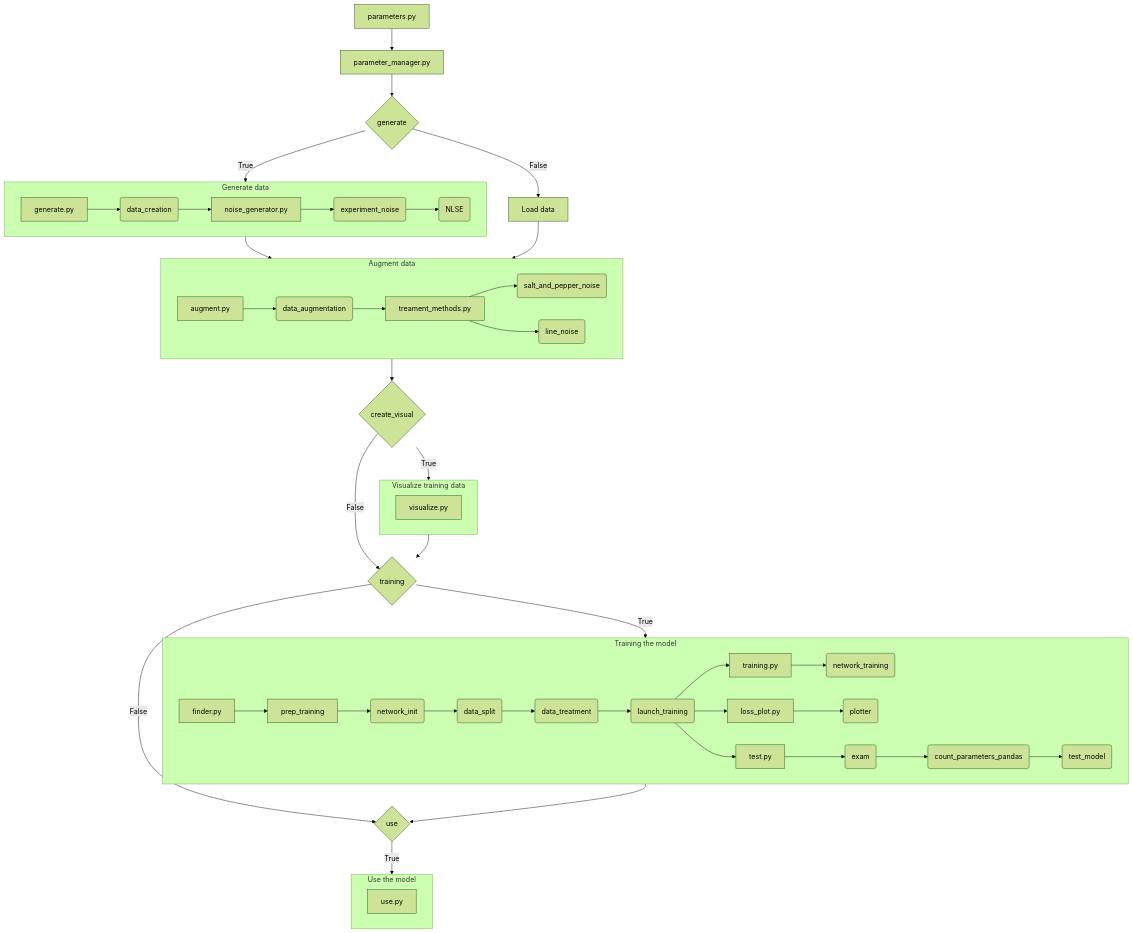
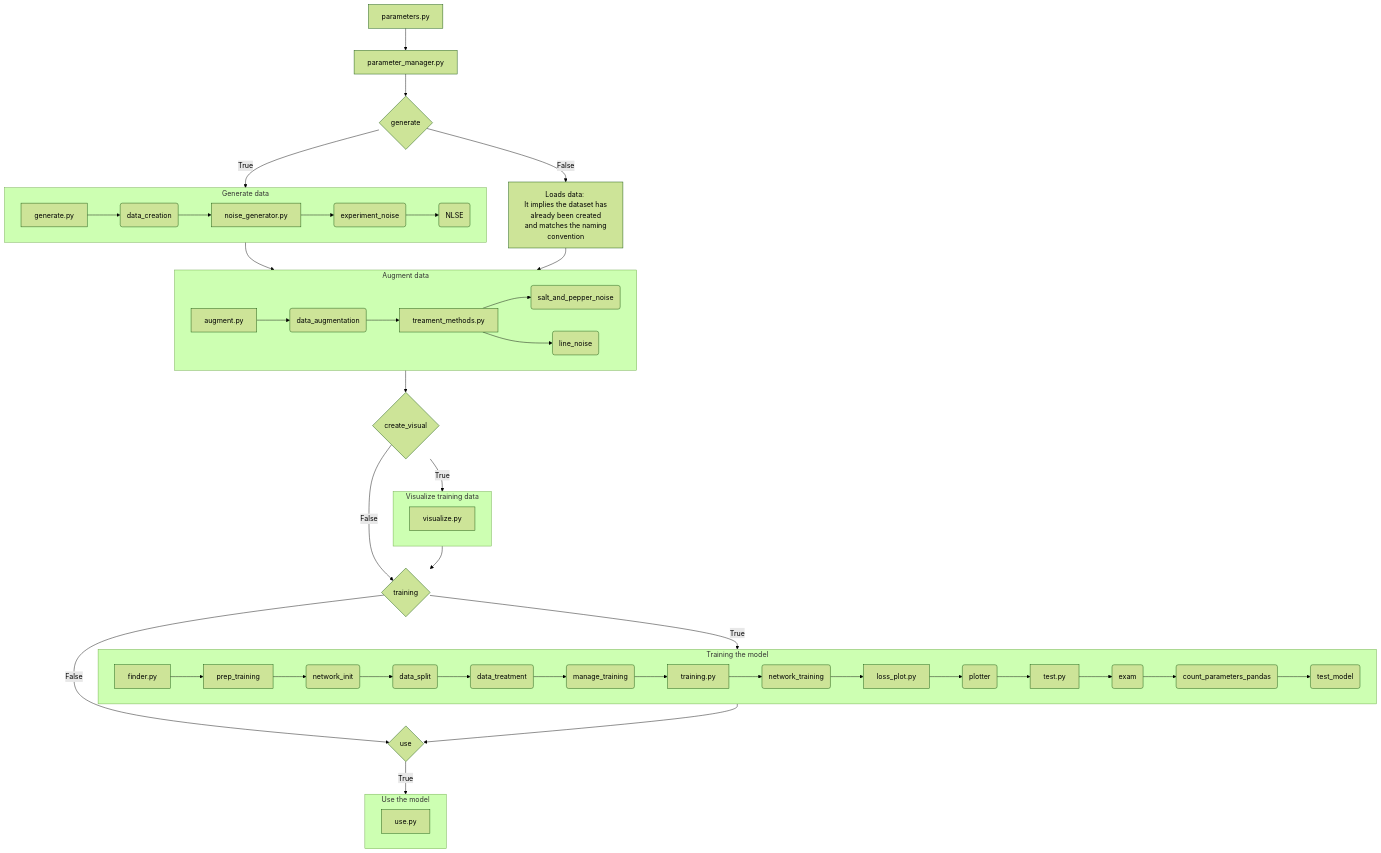
The fourth of 4 diagrams in README.md (Quantum-Optics-LKB/xp2nlse-ml), drawn with Mermaid (forest theme) before and after one commit. The commit also changed other lines of this file and 5 other files, not shown here.

````diff
--- a/README.md
+++ b/README.md
@@ -359,59 +408,59 @@
 ```mermaid
 graph TD
     A[parameters.py] --> B[parameter_manager.py]
     B --> C{generate}
     C --> |True| sub1
-    C --> |False| D[Load data]
+    C --> |False| D[Loads data: \n It implies the dataset has already been created\n and matches the naming convention]
     sub1 --> sub2
     D --> sub2
     sub2 --> G{create_visual}
     G --> |True| sub5
     G --> |False| E{training}
     sub5 --> E{training}
     E --> |True| sub3
     E --> |False| F{use}
     F --> |True| sub4
     sub3 --> F
 
     
     subgraph sub1[Generate data]
         C1[generate.py] --> C2(data_creation)
         C2 --> C3[noise_generator.py]
         C3 --> C4(experiment_noise)
         C4 --> C5(NLSE)
         
     end
     subgraph sub2[Augment data]
         F1[augment.py] --> F2(data_augmentation)  
         F2 --> F3[treament_methods.py]
         F3 --> F4(salt_and_pepper_noise)
         F3 --> F5(line_noise)
 
     end
     
     subgraph sub3[Training the model]
         D1[finder.py]
         D1 --> D2[prep_training]
         D2 --> D3(network_init)
         D3 --> D4(data_split)
         D4 --> D5(data_treatment)
-        D5 --> D6(launch_training)
+        D5 --> D6(manage_training)
         D6 --> D7[training.py] 
         D7 --> D8(network_training)
-        D6 --> D9[loss_plot.py]
+        D8 --> D9[loss_plot.py]
         D9 --> D10(plotter)
-        D6 --> D11[test.py]
+        D10 --> D11[test.py]
         D11 --> D12(exam)
         D12 --> D13(count_parameters_pandas)
         D13 --> D14(test_model)
 
     end
 
     subgraph sub4[Use the model]
         E1[use.py]
     end
 
     subgraph sub5[Visualize training data]
         G1[visualize.py]
     end
 ```
````
